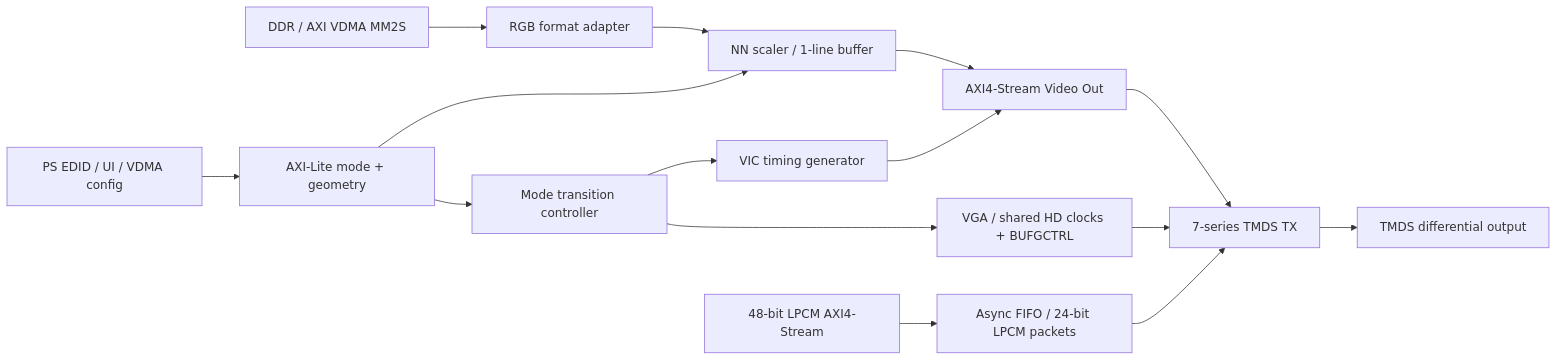
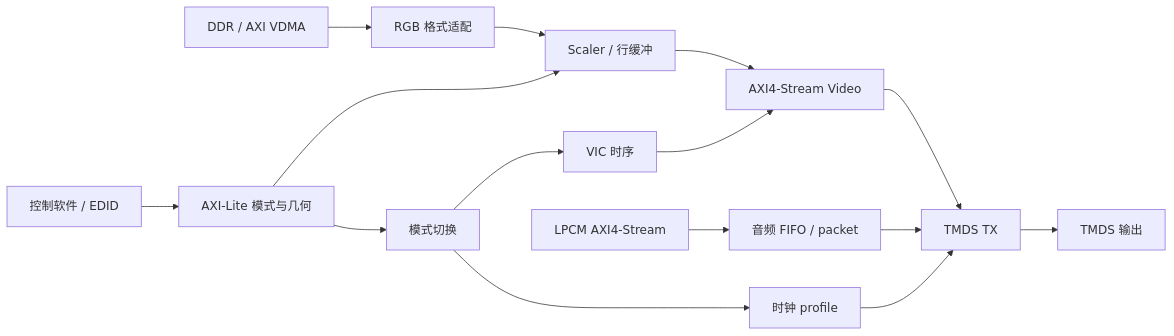
Before and after one commit to ArthurPan2026/EmbeddedVideoIP: the diagram in docs/architecture.md, drawn with Mermaid. The commit also changed other lines of this file and 14 other files, not shown here.

````diff
--- a/docs/architecture.md
+++ b/docs/architecture.md
@@ -7,17 +5,17 @@
 ```mermaid
 flowchart LR
-    PS["PS EDID / UI / VDMA config"] --> CTRL["AXI-Lite mode + geometry"]
-    VDMA["DDR / AXI VDMA MM2S"] --> FORMAT["RGB format adapter"]
-    FORMAT --> SCALER["NN scaler / 1-line buffer"]
-    CTRL --> SCALER
-    CTRL --> MODE["Mode transition controller"]
-    MODE --> CLOCKS["VGA / shared HD clocks + BUFGCTRL"]
-    MODE --> TIMING["VIC timing generator"]
-    SCALER --> VOUT["AXI4-Stream Video Out"]
-    TIMING --> VOUT
-    VOUT --> TX["7-series TMDS TX"]
-    CLOCKS --> TX
-    PCM["48-bit LPCM AXI4-Stream"] --> FIFO["Async FIFO / 24-bit LPCM packets"]
-    FIFO --> TX
-    TX --> HDMI["TMDS differential output"]
+    CTRL["控制软件 / EDID"] --> AXI["AXI-Lite 模式与几何"]
+    VDMA["DDR / AXI VDMA"] --> FMT["RGB 格式适配"]
+    FMT --> SCALE["Scaler / 行缓冲"]
+    AXI --> SCALE
+    AXI --> MODE["模式切换"]
+    MODE --> CLK["时钟 profile"]
+    MODE --> TIM["VIC 时序"]
+    SCALE --> STREAM["AXI4-Stream Video"]
+    TIM --> STREAM
+    STREAM --> TX["TMDS TX"]
+    PCM["LPCM AXI4-Stream"] --> AP["音频 FIFO / packet"]
+    AP --> TX
+    TX --> OUT["TMDS 输出"]
+    CLK --> TX
 ```
````
